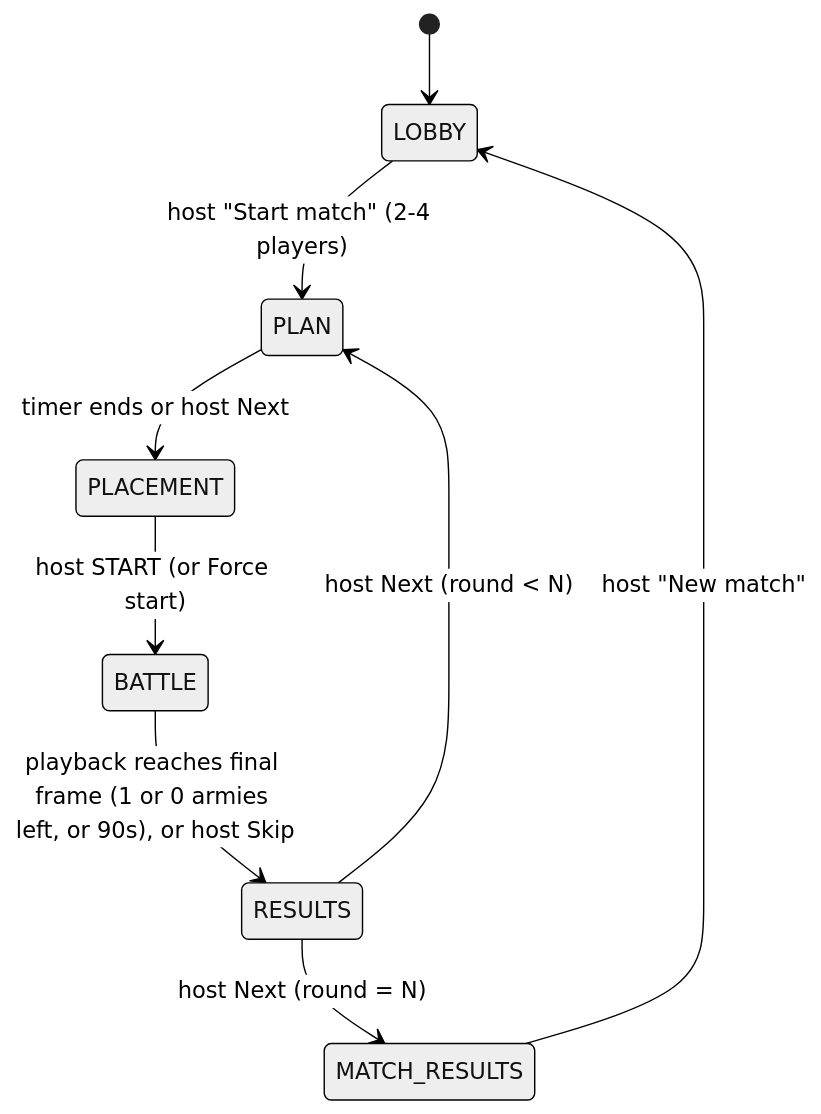
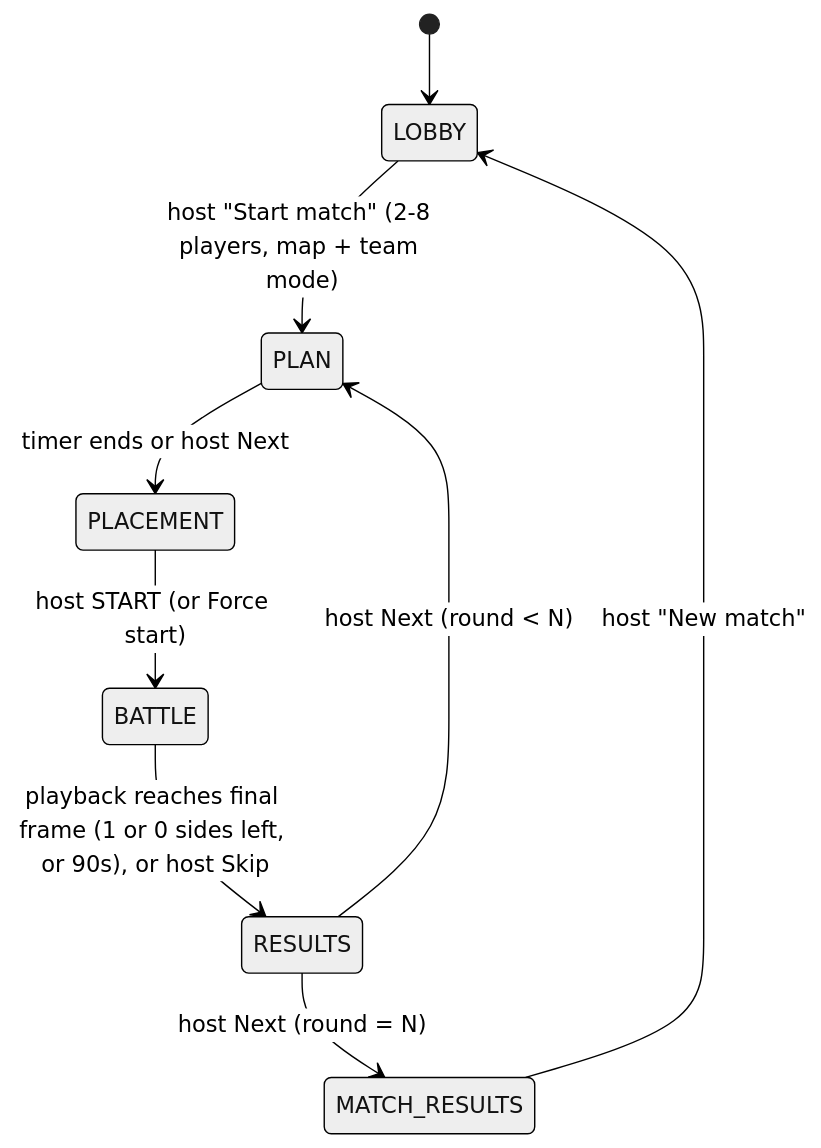
The second of 2 diagrams in plan.md (redging-very-well/ai-coding-arena), drawn with Mermaid (neutral theme) before and after one commit. The commit also changed other lines of this file, not shown here.

Commit message:
Spec 2-8 player maps and teams in the plan

````diff
--- a/plan.md
+++ b/plan.md
@@ -86,11 +86,11 @@
 ```mermaid
 stateDiagram-v2
   [*] --> LOBBY
-  LOBBY --> PLAN: host "Start match" (2-4 players)
+  LOBBY --> PLAN: host "Start match" (2-8 players, map + team mode)
   PLAN --> PLACEMENT: timer ends or host Next
   PLACEMENT --> BATTLE: host START (or Force start)
-  BATTLE --> RESULTS: playback reaches final frame (1 or 0 armies left, or 90s), or host Skip
+  BATTLE --> RESULTS: playback reaches final frame (1 or 0 sides left, or 90s), or host Skip
   RESULTS --> PLAN: host Next (round < N)
   RESULTS --> MATCH_RESULTS: host Next (round = N)
   MATCH_RESULTS --> LOBBY: host "New match"
 ```
````
